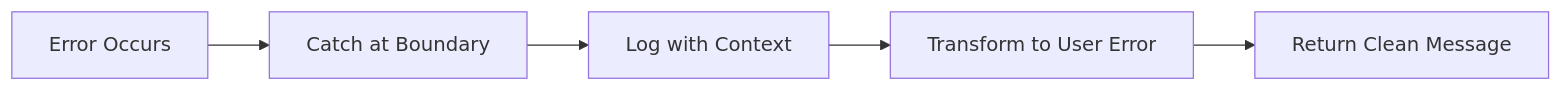
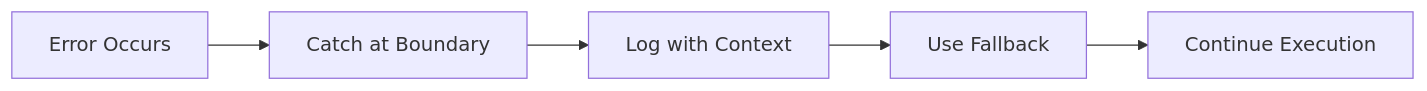
One commit to ramonbnuezjr/stock_tracker_agent changed the fourth of 4 diagrams in .cursor/architecture.md. Above: the diagram before and after it, drawn with Mermaid. The commit also changed other lines of this file and 39 other files, not shown here.

````diff
--- a/.cursor/architecture.md
+++ b/.cursor/architecture.md
@@ -148,7 +196,7 @@
 ```mermaid
 flowchart LR
     Error[Error Occurs] --> Catch[Catch at Boundary]
     Catch --> Log[Log with Context]
-    Log --> Transform[Transform to User Error]
-    Transform --> Return[Return Clean Message]
+    Log --> Fallback[Use Fallback]
+    Fallback --> Continue[Continue Execution]
 ```
````
